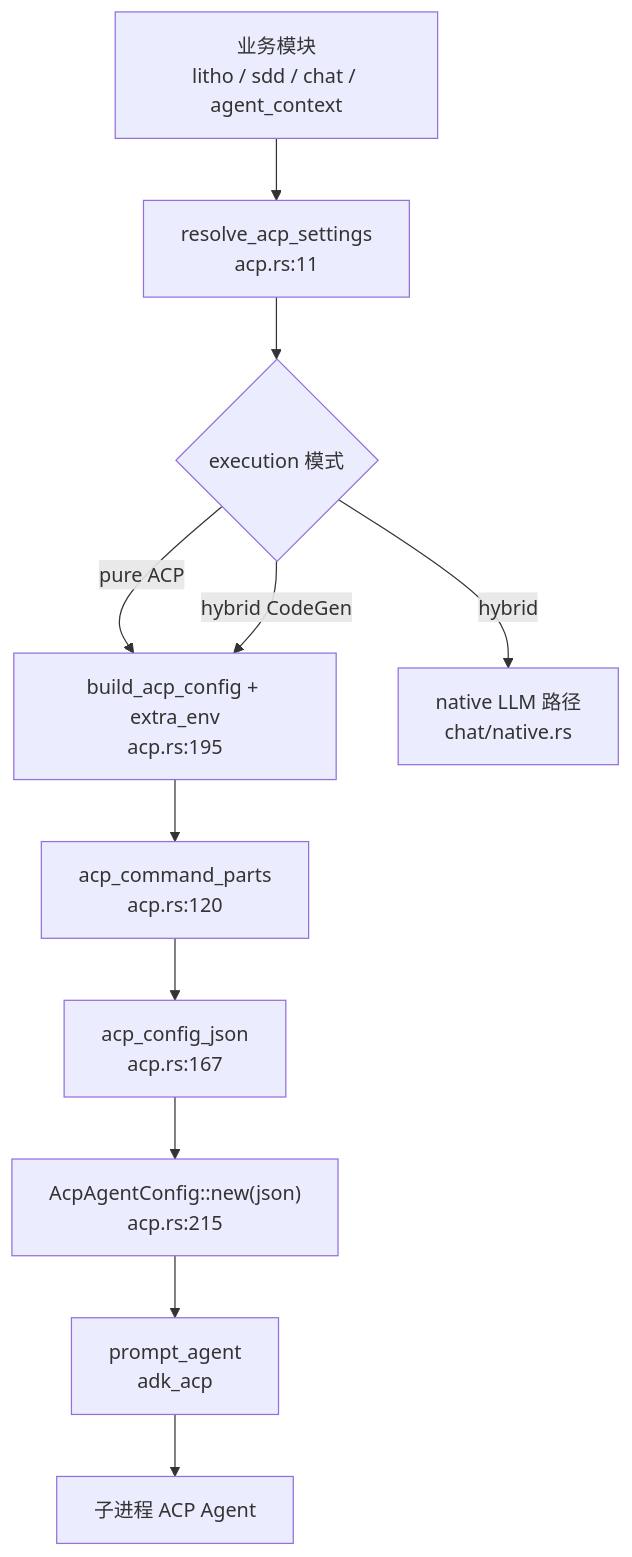
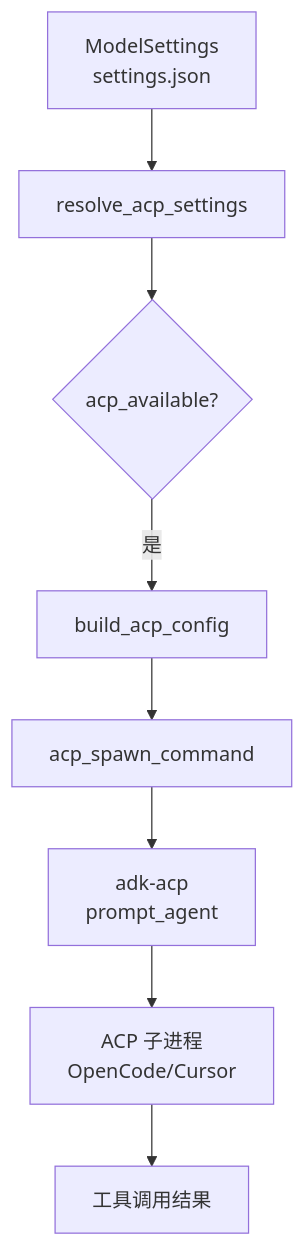
The diagram in .terrain/human/4.Deep-Exploration/ACP协议.md (sopaco/terrain), drawn with Mermaid before and after one commit. The commit also changed other lines of this file and 79 other files, not shown here.

````diff
--- a/.terrain/human/4.Deep-Exploration/ACP协议.md
+++ b/.terrain/human/4.Deep-Exploration/ACP协议.md
@@ -52,13 +36,10 @@
 ```mermaid
 flowchart TD
-    A["业务模块<br/>litho / sdd / chat / agent_context"] --> B["resolve_acp_settings<br/>acp.rs:11"]
-    B --> C{"execution 模式"}
-    C -->|pure ACP| D["build_acp_config + extra_env<br/>acp.rs:195"]
-    C -->|hybrid| E["native LLM 路径<br/>chat/native.rs"]
-    C -->|hybrid CodeGen| D
-    D --> F["acp_command_parts<br/>acp.rs:120"]
-    F --> G["acp_config_json<br/>acp.rs:167"]
-    G --> H["AcpAgentConfig::new(json)<br/>acp.rs:215"]
-    H --> I["prompt_agent<br/>adk_acp"]
-    I --> J["子进程 ACP Agent"]
+    A["ModelSettings<br/>settings.json"] --> B["resolve_acp_settings"]
+    B --> C{"acp_available?"}
+    C -->|是| D["build_acp_config"]
+    D --> E["acp_spawn_command"]
+    E --> F["adk-acp<br/>prompt_agent"]
+    F --> G["ACP 子进程<br/>OpenCode/Cursor"]
+    G --> H["工具调用结果"]
 ```
````
